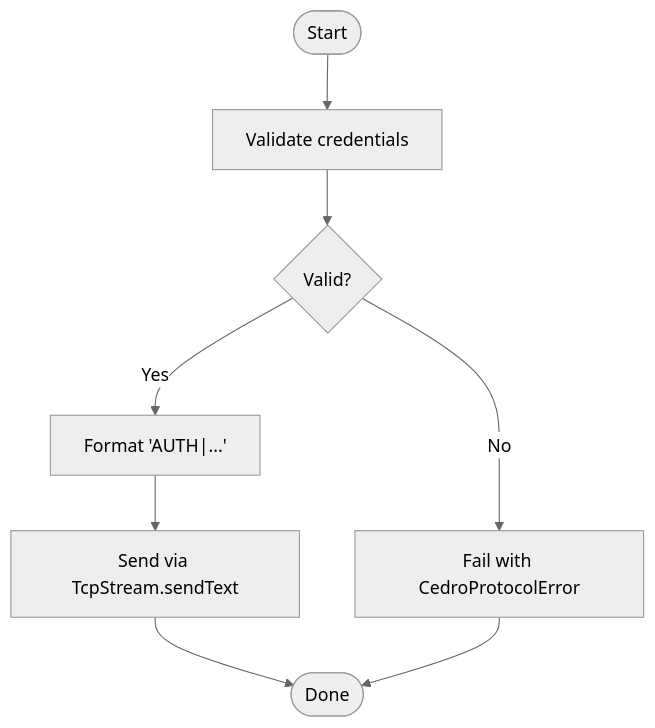
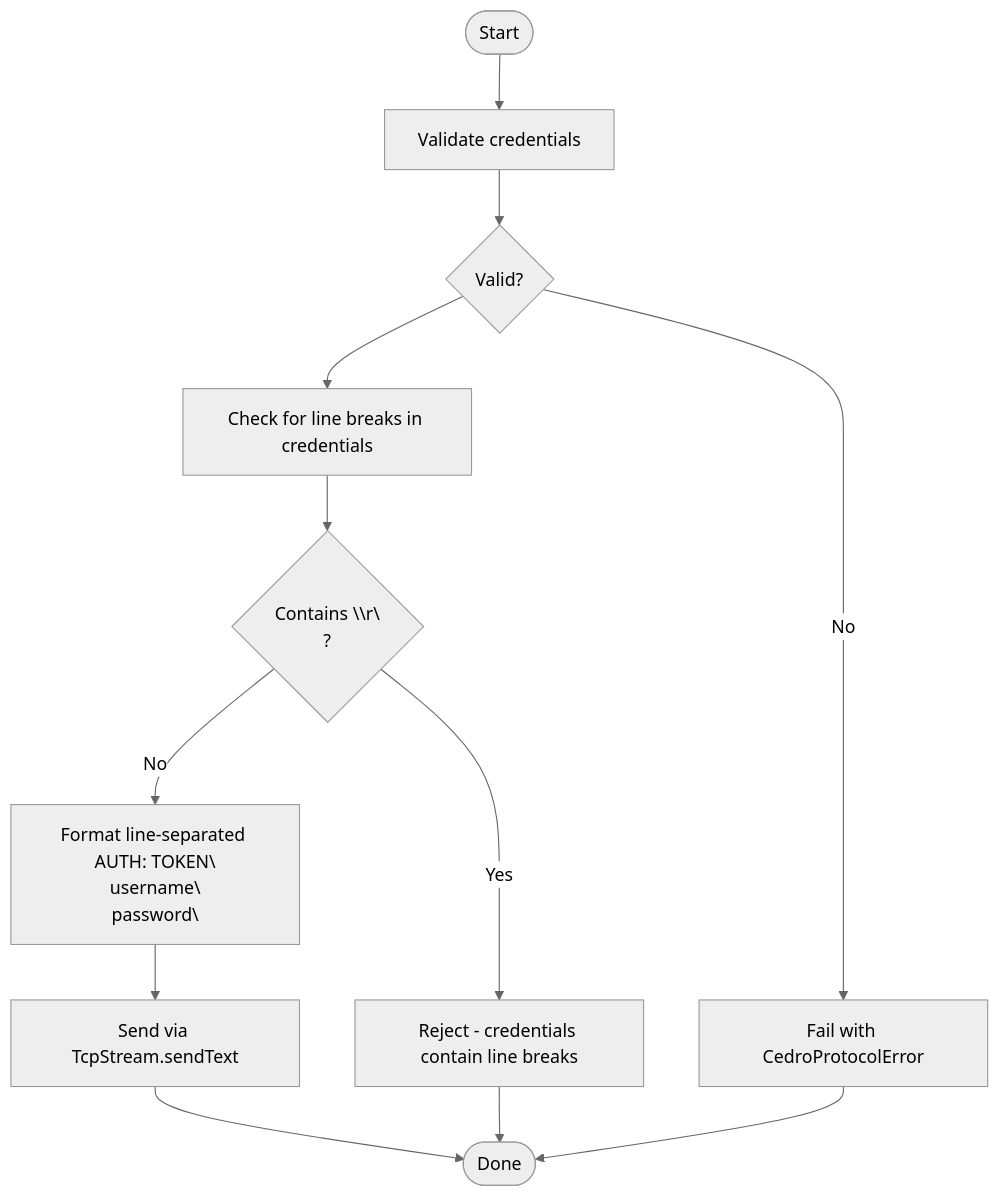
Before and after one commit to 6qat/lab-effect4: the third of 8 diagrams in .qoder/repowiki/en/content/Protocol Layer/Cedro Protocol Client.md, drawn with Mermaid (neutral theme). The commit also changed other lines of this file and 76 other files, not shown here.

````diff
--- a/.qoder/repowiki/en/content/Protocol Layer/Cedro Protocol Client.md
+++ b/.qoder/repowiki/en/content/Protocol Layer/Cedro Protocol Client.md
@@ -133,10 +137,14 @@
 ```mermaid
 flowchart TD
 Start([Start]) --> Validate["Validate credentials"]
 Validate --> Valid{"Valid?"}
 Valid --> |No| Fail["Fail with CedroProtocolError"]
-Valid --> |Yes| Format["Format 'AUTH|...'"]
+Valid --> CheckBreaks["Check for line breaks in credentials"]
+CheckBreaks --> NoBreaks{"Contains \\r\\n?"}
+NoBreaks --> |Yes| SecurityFail["Reject - credentials contain line breaks"]
+NoBreaks --> |No| Format["Format line-separated AUTH: TOKEN\\nusername\\npassword\\n"]
 Format --> Send["Send via TcpStream.sendText"]
 Send --> End([Done])
+SecurityFail --> End
 Fail --> End
 ```
````
